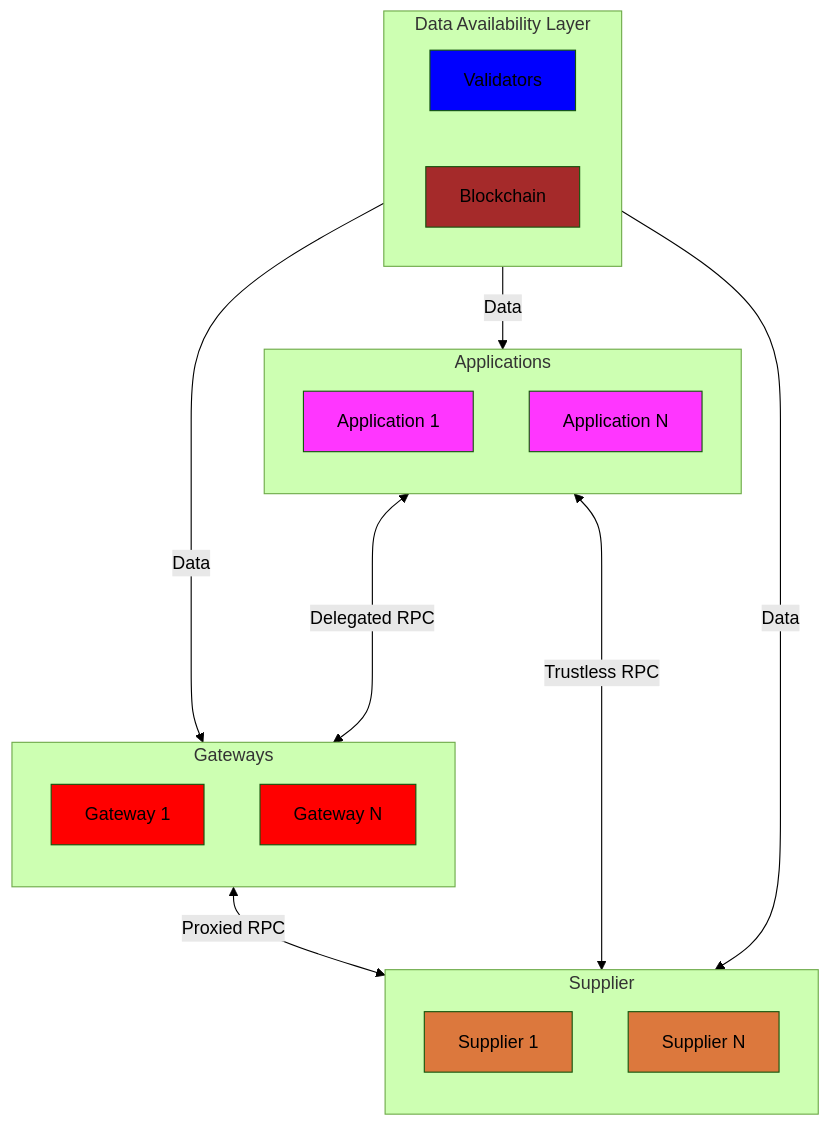
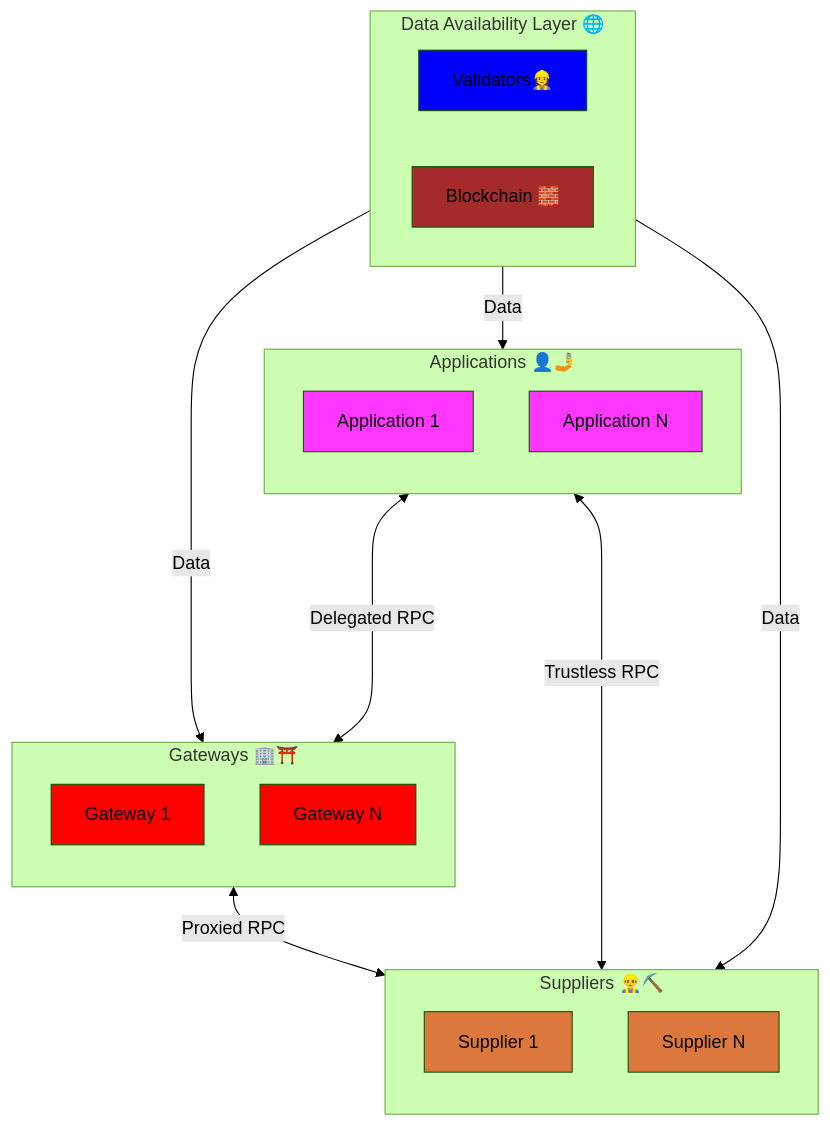
The first of 3 diagrams in docusaurus/docs/actors/actors.md (pokt-network/poktroll), drawn with Mermaid (forest theme) before and after one commit. The commit also changed other lines of this file and 3 other files, not shown here.

````diff
--- a/docusaurus/docs/actors/actors.md
+++ b/docusaurus/docs/actors/actors.md
@@ -15,47 +18,50 @@
 ```mermaid
 flowchart TD
-    subgraph DA[Data Availability Layer]
-        V[Validators]
-        B[Blockchain]
+    subgraph DA[Data Availability Layer 🌐]
+        V[Validators👷‍♀️]
+        B[Blockchain 🧱]
     end
 
-    subgraph S[Supplier]
+    subgraph S[Suppliers 👷‍♂️⛏️]
         direction TB
         S1[Supplier 1]
         SN[Supplier N]
     end
 
-    subgraph A[Applications]
+    subgraph A[Applications 👤🤳]
         direction TB
         A1[Application 1]
         AN[Application N]
     end
 
-    subgraph G[Gateways]
+    subgraph G[Gateways 🏢⛩️]
         direction TB
         P1[Gateway 1]
         PN[Gateway N]
     end
 
     A <----> |Delegated RPC| G
     G <-- Proxied RPC --> S
     A <--> |Trustless RPC| S
 
     DA -- Data --> G
     DA -- Data --> A
     DA -- Data --> S
+
+    %% C --> G
+    %% C --> A
 
     classDef blue fill:#0000FF
     classDef brown fill:#A52A2A
     classDef red fill:#FF0000
     classDef yellow fill:#DC783D
     classDef acqua fill:#00A3A3
     classDef purple fill:#FF36FF
 
     class V1,V,VN blue
     class B1,B,BN brown
     class S1,SN yellow
     class P1,PN red
     class F1,FN acqua
     class A1,AN purple
 ```
````
